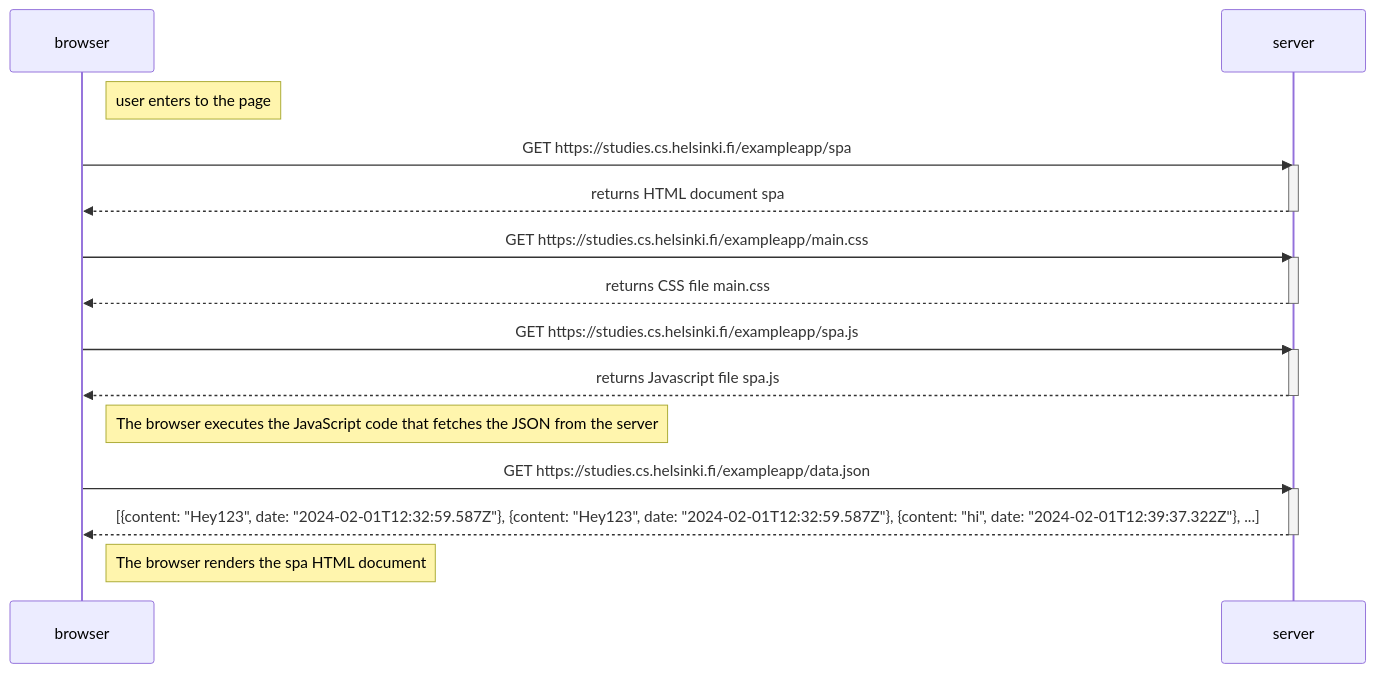
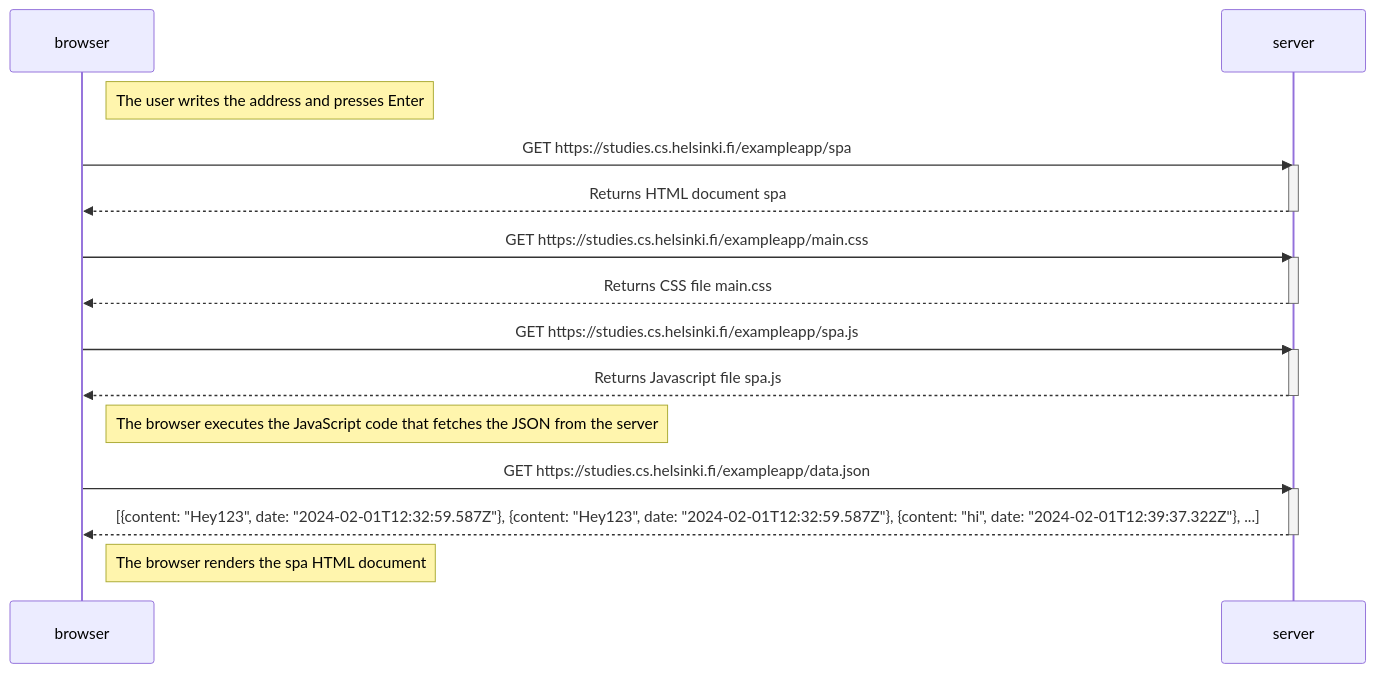
One commit to opturtio/FullStackOpen changed the diagram in part0/0.5: Single Page App.md. Above: the diagram before and after it, drawn with Mermaid. The commit also changed 2 other files, not shown here.

Commit message:
exercise 0.6 done

````diff
--- a/part0/0.5: Single Page App.md
+++ b/part0/0.5: Single Page App.md
@@ -3,30 +3,30 @@
 ```mermaid
 sequenceDiagram
     participant browser
     participant server
 
-    Note right of browser: user enters to the page
+    Note right of browser: The user writes the address and presses Enter
     browser->>server: GET https://studies.cs.helsinki.fi/exampleapp/spa
     activate server
-    server-->>browser: returns HTML document spa
+    server-->>browser: Returns HTML document spa
     deactivate server
 
     browser->>server: GET https://studies.cs.helsinki.fi/exampleapp/main.css
     activate server
-    server-->>browser: returns CSS file main.css
+    server-->>browser: Returns CSS file main.css
     deactivate server
     
     browser->>server: GET https://studies.cs.helsinki.fi/exampleapp/spa.js
     activate server
-    server-->>browser: returns Javascript file spa.js
+    server-->>browser: Returns Javascript file spa.js
     deactivate server
 
     Note right of browser: The browser executes the JavaScript code that fetches the JSON from the server
     
     browser->>server: GET https://studies.cs.helsinki.fi/exampleapp/data.json
     activate server
     server-->>browser: [{content: "Hey123", date: "2024-02-01T12:32:59.587Z"}, {content: "Hey123", date: "2024-02-01T12:32:59.587Z"}, {content: "hi", date: "2024-02-01T12:39:37.322Z"}, ...]
     deactivate server    
 
     Note right of browser: The browser renders the spa HTML document
 ```
````
